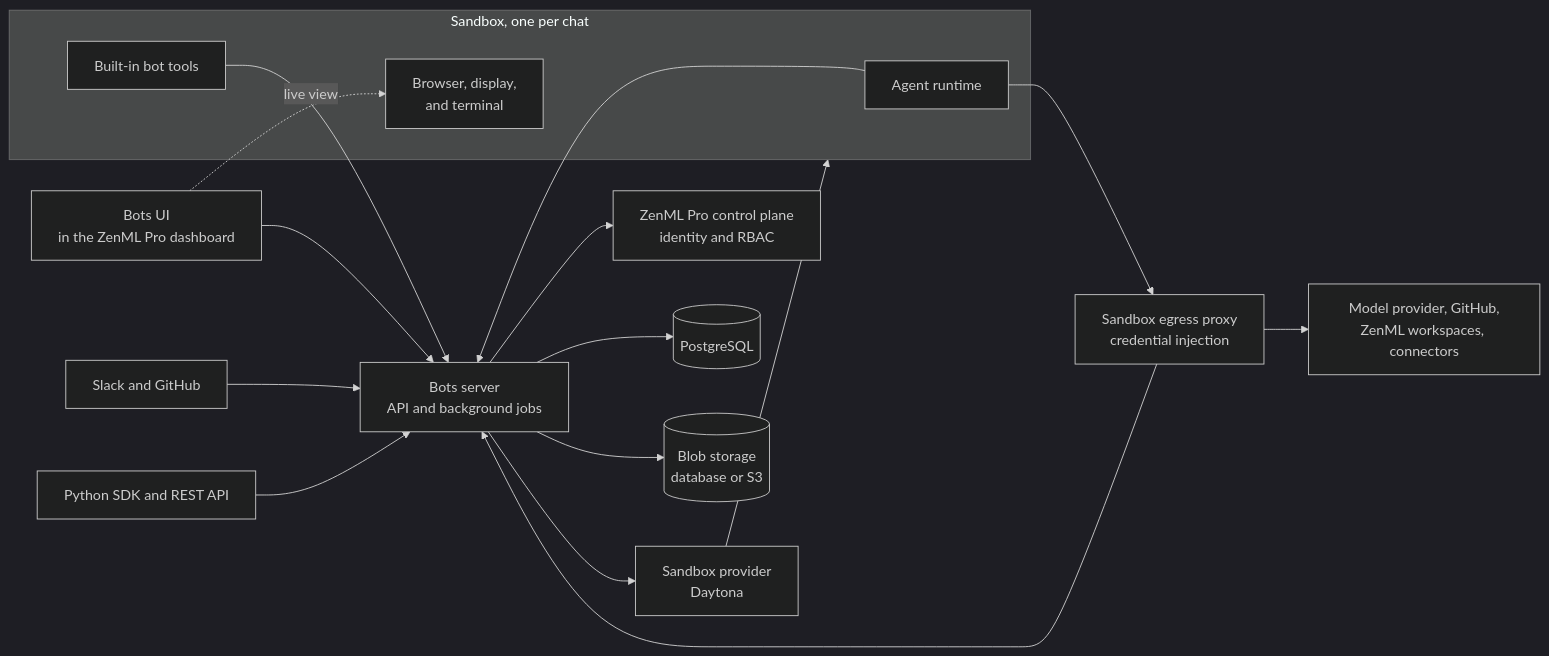
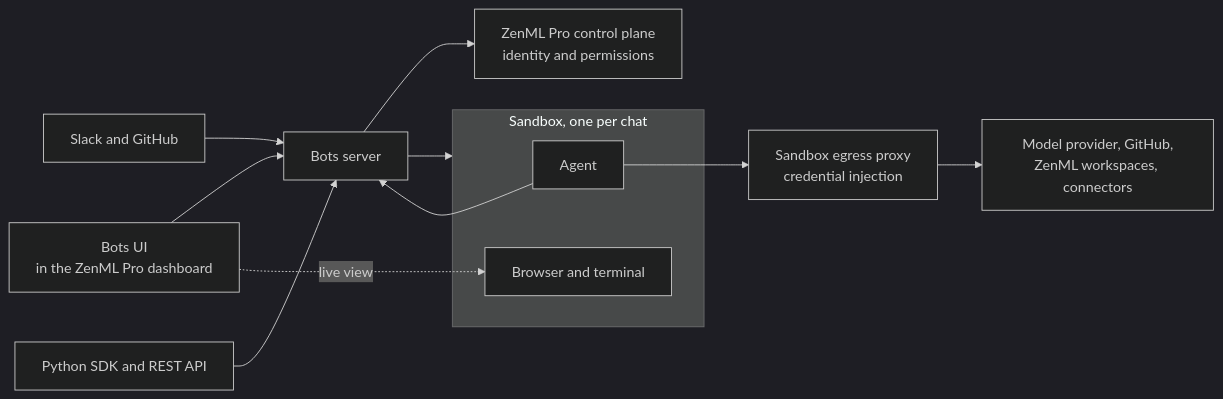
The diagram in docs/book/getting-started/zenml-pro/bots-system-architecture.md (zenml-io/zenml), drawn with Mermaid (dark theme) before and after one commit. The commit also changed other lines of this file and 2 other files, not shown here.

Commit message:
Remove internals from the Bots docs

````diff
--- a/docs/book/getting-started/zenml-pro/bots-system-architecture.md
+++ b/docs/book/getting-started/zenml-pro/bots-system-architecture.md
@@ -12,33 +12,24 @@
 ```mermaid
 flowchart LR
     UI[Bots UI<br/>in the ZenML Pro dashboard]
     Slack[Slack and GitHub]
     SDK[Python SDK and REST API]
-    CP[ZenML Pro control plane<br/>identity and RBAC]
-    Server[Bots server<br/>API and background jobs]
-    DB[(PostgreSQL)]
-    Blob[(Blob storage<br/>database or S3)]
-    Provider[Sandbox provider<br/>Daytona]
+    CP[ZenML Pro control plane<br/>identity and permissions]
+    Server[Bots server]
     Proxy[Sandbox egress proxy<br/>credential injection]
     subgraph Sandbox[Sandbox, one per chat]
-        Agent[Agent runtime]
-        Desktop[Browser, display,<br/>and terminal]
-        Tools[Built-in bot tools]
+        Agent[Agent]
+        Desktop[Browser and terminal]
     end
     Ext[Model provider, GitHub,<br/>ZenML workspaces, connectors]
 
     UI --> Server
     Slack --> Server
     SDK --> Server
     Server --> CP
-    Server --> DB
-    Server --> Blob
-    Server --> Provider
-    Provider --> Sandbox
+    Server --> Sandbox
     Agent --> Server
-    Tools --> Server
     Agent --> Proxy
-    Proxy --> Server
     Proxy --> Ext
     UI -. live view .-> Desktop
 ```
````
